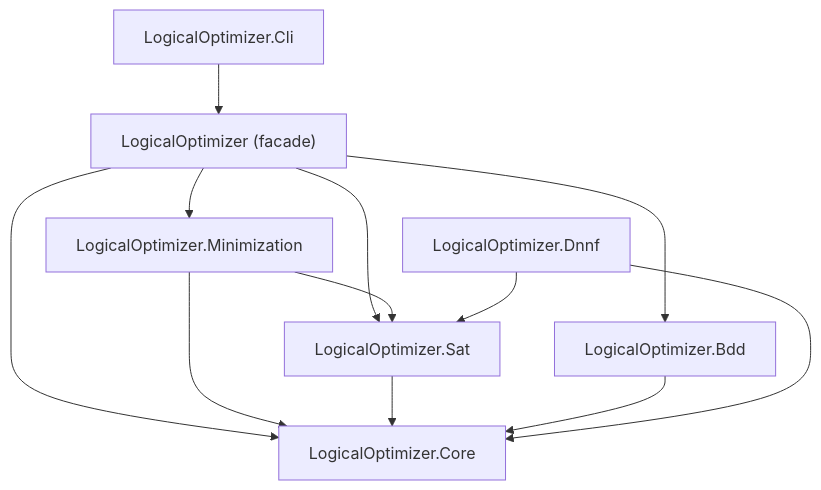
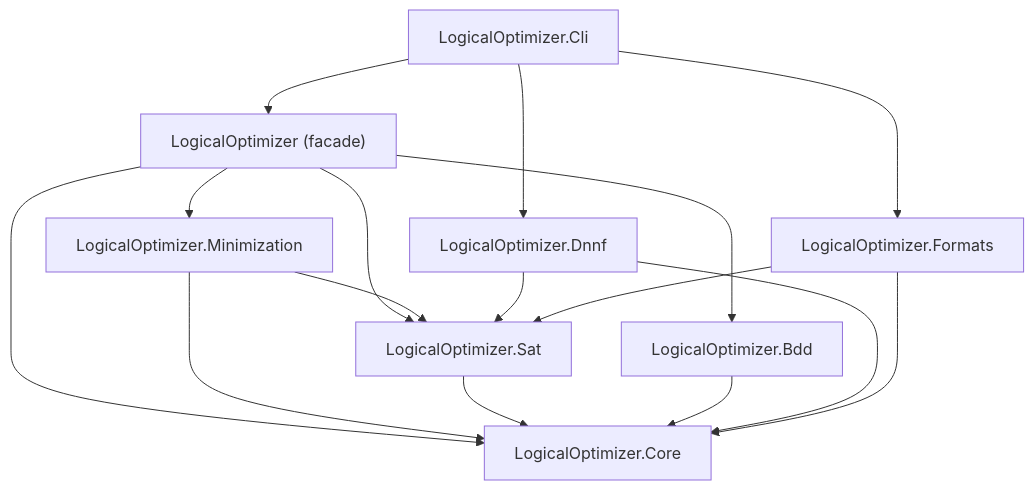
One commit to AlexanderV/LogicalOptimizer changed the first of 2 diagrams in docs-site/articles/packages-and-architecture.md. Above: the diagram before and after it, drawn with Mermaid. The commit also changed other lines of this file and 5 other files, not shown here.

First line of the commit message:
docs: reconcile package count for v3.1 and record it in changelog/roadmap

````diff
--- a/docs-site/articles/packages-and-architecture.md
+++ b/docs-site/articles/packages-and-architecture.md
@@ -22,22 +25,27 @@
 ```mermaid
 graph TD
     CLI["LogicalOptimizer.Cli"]
     Facade["LogicalOptimizer (facade)"]
     Min["LogicalOptimizer.Minimization"]
     Sat["LogicalOptimizer.Sat"]
     Bdd["LogicalOptimizer.Bdd"]
     Dnnf["LogicalOptimizer.Dnnf"]
+    Formats["LogicalOptimizer.Formats"]
     Core["LogicalOptimizer.Core"]
 
     CLI --> Facade
+    CLI --> Dnnf
+    CLI --> Formats
     Facade --> Min
     Facade --> Sat
     Facade --> Bdd
     Facade --> Core
     Min --> Sat
     Min --> Core
     Sat --> Core
     Bdd --> Core
     Dnnf --> Sat
     Dnnf --> Core
+    Formats --> Sat
+    Formats --> Core
 ```
````
